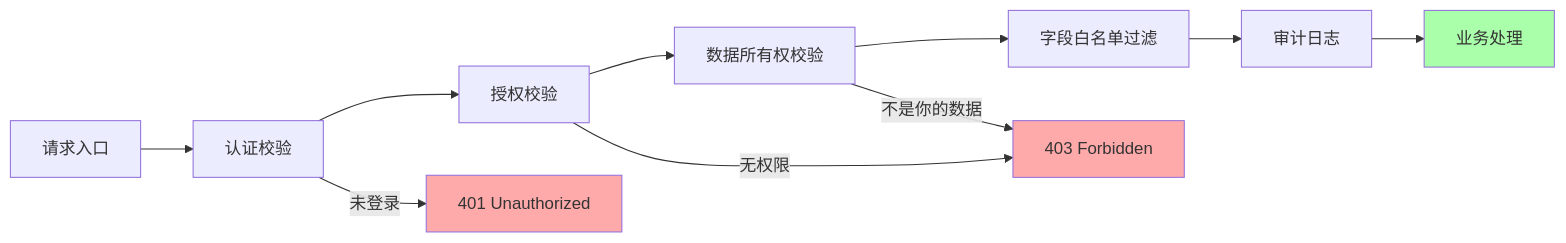
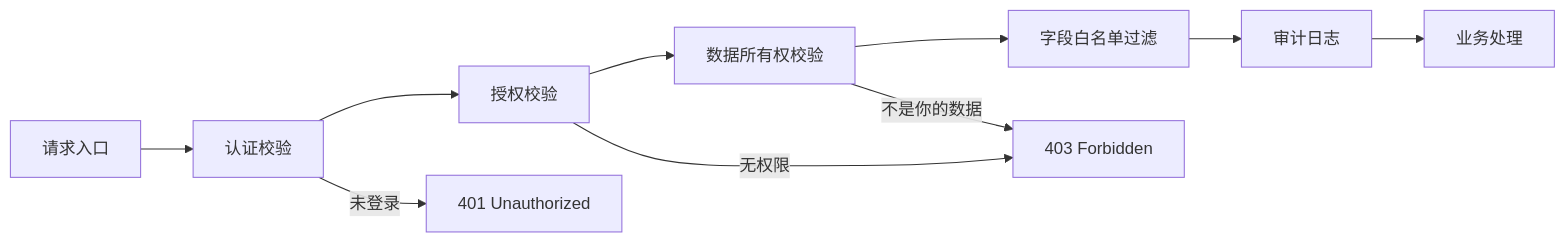
Before and after one commit to congliang/congliang.github.io: the second of 2 diagrams in source/_posts/IDOR-horizontal-vertical.md, drawn with Mermaid. The commit also changed other lines of this file and 42 other files, not shown here.

Commit message:
优化 Mermaid 图表渲染兼容性

````diff
--- a/source/_posts/IDOR-horizontal-vertical.md
+++ b/source/_posts/IDOR-horizontal-vertical.md
@@ -462,15 +460,12 @@
 ```mermaid
 flowchart LR
     A[请求入口] --> B[认证校验]
     B --> C[授权校验]
     C --> D[数据所有权校验]
     D --> E[字段白名单过滤]
     E --> F[审计日志]
     F --> G[业务处理]
     B -- 未登录 --> H[401 Unauthorized]
     C -- 无权限 --> I[403 Forbidden]
     D -- 不是你的数据 --> I
-    style H fill:#faa
-    style I fill:#faa
-    style G fill:#afa
 ```
````
